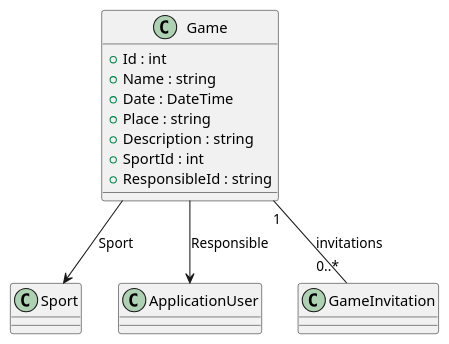
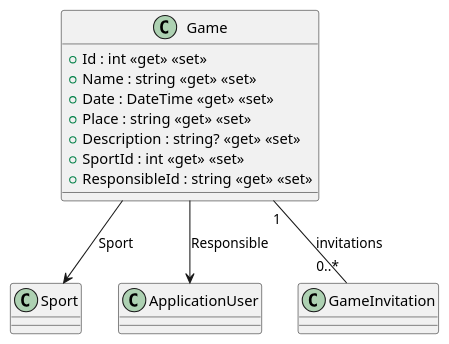
Before and after one commit to ISII2627Erasmus/Barca: the diagram in src/AppForSEII.API/ClassDiagram/Game.puml, drawn with PlantUML. The commit also changed 7 other files, not shown here.

```diff
--- a/src/AppForSEII.API/ClassDiagram/Game.puml
+++ b/src/AppForSEII.API/ClassDiagram/Game.puml
@@ -1,17 +1,17 @@
 @startuml
 
 class Game {
-    + Id : int
-    + Name : string
-    + Date : DateTime
-    + Place : string
-    + Description : string
-    + SportId : int
-    + ResponsibleId : string
+    + Id : int <<get>> <<set>>
+    + Name : string <<get>> <<set>>
+    + Date : DateTime <<get>> <<set>>
+    + Place : string <<get>> <<set>>
+    + Description : string? <<get>> <<set>>
+    + SportId : int <<get>> <<set>>
+    + ResponsibleId : string <<get>> <<set>>
 }
 
 Game --> Sport : Sport
 Game --> ApplicationUser : Responsible
 Game "1" -- "0..*" GameInvitation : invitations
 
 @enduml
```
